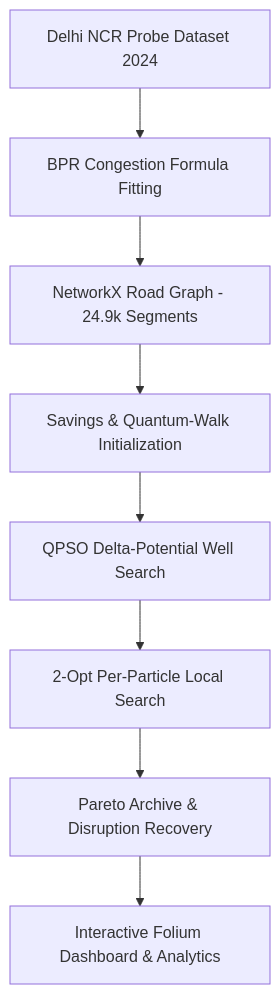
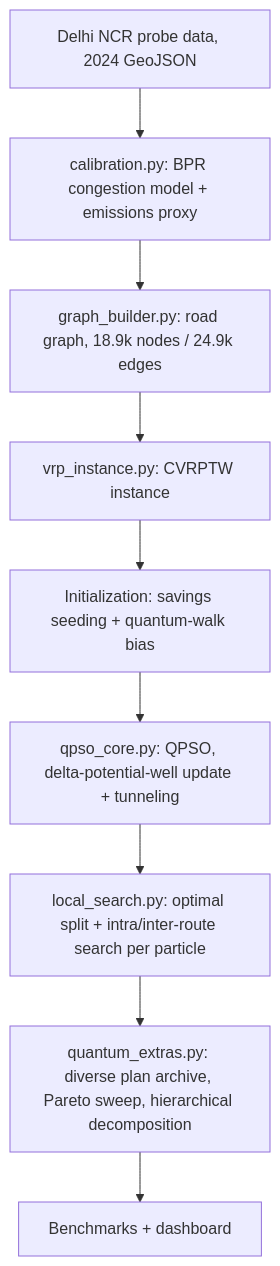
The diagram in README.md (Gutsmaster/QRoute), drawn with Mermaid before and after one commit. The commit also changed other lines of this file and 1 other file, not shown here.

````diff
--- a/README.md
+++ b/README.md
@@ -109,10 +76,11 @@
 ```mermaid
 graph TD
-    A[Delhi NCR Probe Dataset 2024] --> B[BPR Congestion Formula Fitting]
-    B --> C[NetworkX Road Graph - 24.9k Segments]
-    C --> D[Savings & Quantum-Walk Initialization]
-    D --> E[QPSO Delta-Potential Well Search]
-    E --> F[2-Opt Per-Particle Local Search]
-    F --> G[Pareto Archive & Disruption Recovery]
-    G --> H[Interactive Folium Dashboard & Analytics]
+    A[Delhi NCR probe data, 2024 GeoJSON] --> B[calibration.py: BPR congestion model + emissions proxy]
+    B --> C[graph_builder.py: road graph, 18.9k nodes / 24.9k edges]
+    C --> D[vrp_instance.py: CVRPTW instance]
+    D --> E[Initialization: savings seeding + quantum-walk bias]
+    E --> F[qpso_core.py: QPSO, delta-potential-well update + tunneling]
+    F --> G[local_search.py: optimal split + intra/inter-route search per particle]
+    G --> H[quantum_extras.py: diverse plan archive, Pareto sweep, hierarchical decomposition]
+    H --> I[Benchmarks + dashboard]
 ```
````
